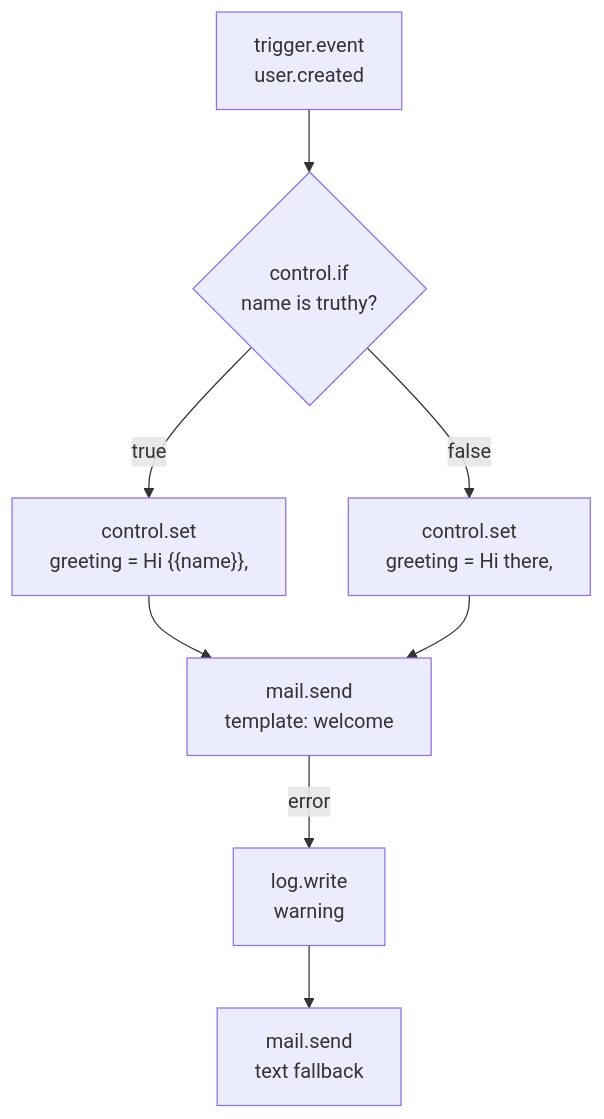
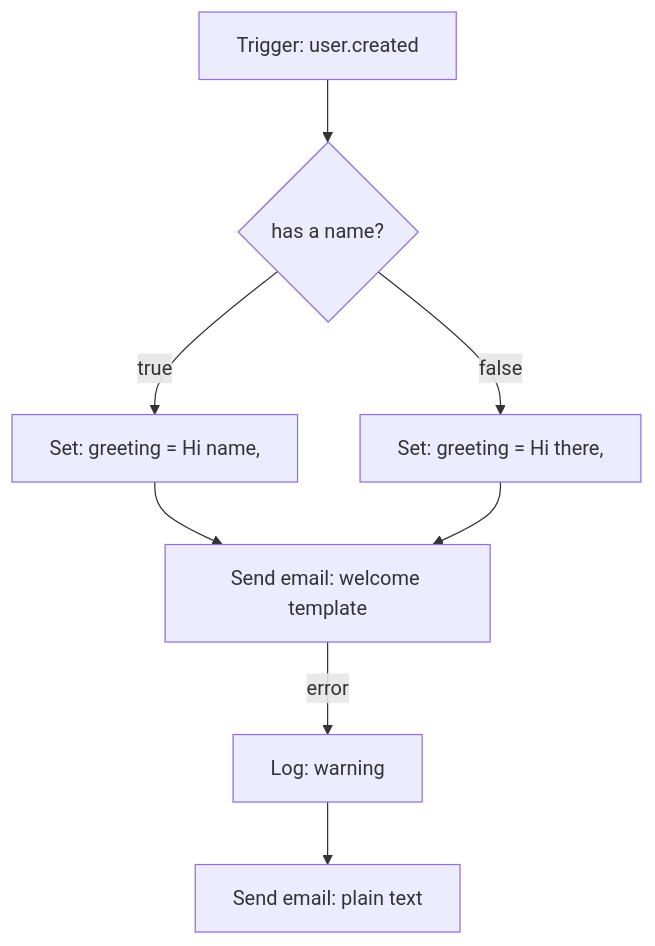
Before and after one commit to sillohq/pawabase: the third of 4 diagrams in apps/docs/flows/recipes.mdx, drawn with Mermaid. The commit also changed other lines of this file and 128 other files, not shown here.

````diff
--- a/apps/docs/flows/recipes.mdx
+++ b/apps/docs/flows/recipes.mdx
@@ -135,10 +316,10 @@
 ```mermaid
 flowchart TB
-  start["trigger.event<br/>user.created"] --> has_name{"control.if<br/>name is truthy?"}
-  has_name -->|"true"| named["control.set<br/>greeting = Hi {{name}},"]
-  has_name -->|"false"| default["control.set<br/>greeting = Hi there,"]
-  named --> send["mail.send<br/>template: welcome"]
+  start["Trigger: user.created"] --> has_name{"has a name?"}
+  has_name -->|"true"| named["Set: greeting = Hi name,"]
+  has_name -->|"false"| default["Set: greeting = Hi there,"]
+  named --> send["Send email: welcome template"]
   default --> send
-  send -->|"error"| log["log.write<br/>warning"]
-  log --> fallback["mail.send<br/>text fallback"]
+  send -->|"error"| log["Log: warning"]
+  log --> fallback["Send email: plain text"]
 ```
````
